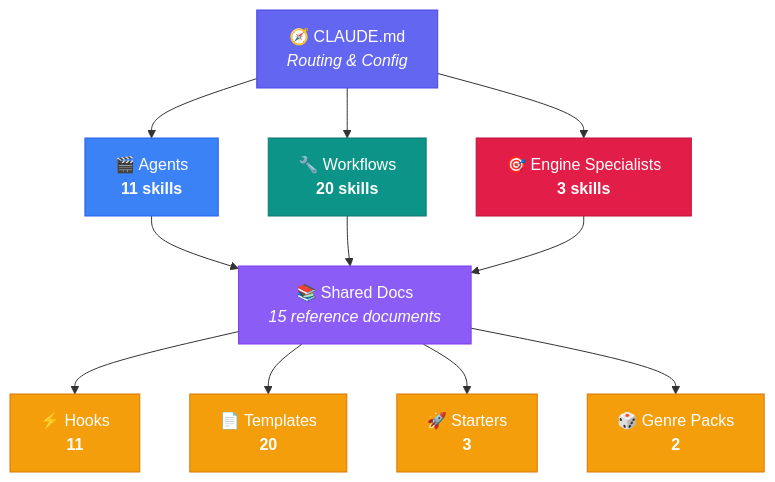
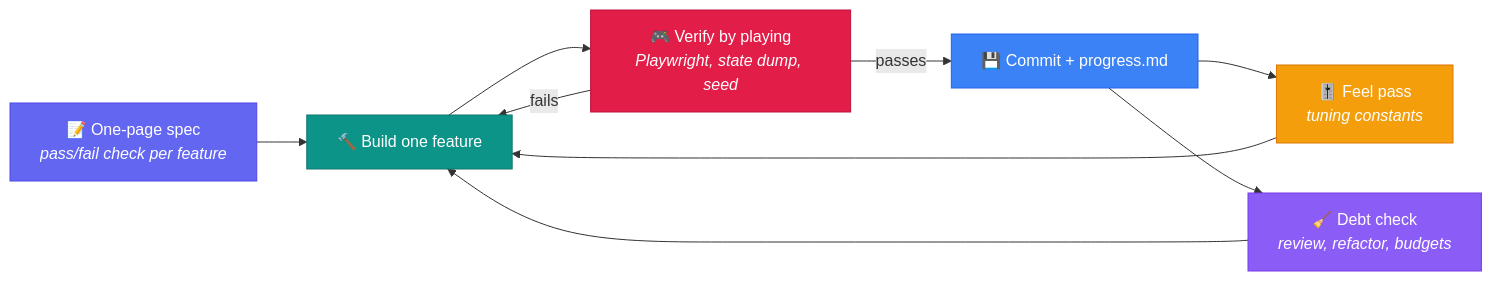
Before and after one commit to AlterLab-IEU/AlterLab_GameForge: the first of 2 diagrams in README.md, drawn with Mermaid. The commit also changed other lines of this file and 278 other files, not shown here.

First line of the commit message:
feat: GameForge v3.0, an installable plugin with upgraded skills, subagents and web workflows (#1)

````diff
--- a/README.md
+++ b/README.md
@@ -376,25 +252,18 @@
 ```mermaid
-graph TD
-    A["🧭 CLAUDE.md<br/><i>Routing & Config</i>"] --> B["🎬 Agents<br/><b>11 skills</b>"]
-    A --> C["🔧 Workflows<br/><b>20 skills</b>"]
-    A --> D["🎯 Engine Specialists<br/><b>3 skills</b>"]
-    
-    B --> E["📚 Shared Docs<br/><i>15 reference documents</i>"]
-    C --> E
-    D --> E
-    
-    E --> F["⚡ Hooks<br/><b>11</b>"]
-    E --> G["📄 Templates<br/><b>20</b>"]
-    E --> H["🚀 Starters<br/><b>3</b>"]
-    E --> I["🎲 Genre Packs<br/><b>2</b>"]
+flowchart LR
+    S["📝 One-page spec<br/><i>pass/fail check per feature</i>"] --> B["🔨 Build one feature"]
+    B --> V["🎮 Verify by playing<br/><i>Playwright, state dump, seed</i>"]
+    V -->|fails| B
+    V -->|passes| C["💾 Commit + progress.md"]
+    C --> F["🎚️ Feel pass<br/><i>tuning constants</i>"]
+    F --> B
+    C --> R["🧹 Debt check<br/><i>review, refactor, budgets</i>"]
+    R --> B
 
-    style A fill:#6366f1,stroke:#4f46e5,color:#fff
-    style B fill:#3b82f6,stroke:#2563eb,color:#fff
-    style C fill:#0d9488,stroke:#0f766e,color:#fff
-    style D fill:#e11d48,stroke:#be123c,color:#fff
-    style E fill:#8b5cf6,stroke:#7c3aed,color:#fff
+    style S fill:#6366f1,stroke:#4f46e5,color:#fff
+    style B fill:#0d9488,stroke:#0f766e,color:#fff
+    style V fill:#e11d48,stroke:#be123c,color:#fff
+    style C fill:#3b82f6,stroke:#2563eb,color:#fff
     style F fill:#f59e0b,stroke:#d97706,color:#fff
-    style G fill:#f59e0b,stroke:#d97706,color:#fff
-    style H fill:#f59e0b,stroke:#d97706,color:#fff
-    style I fill:#f59e0b,stroke:#d97706,color:#fff
+    style R fill:#8b5cf6,stroke:#7c3aed,color:#fff
 ```
````
